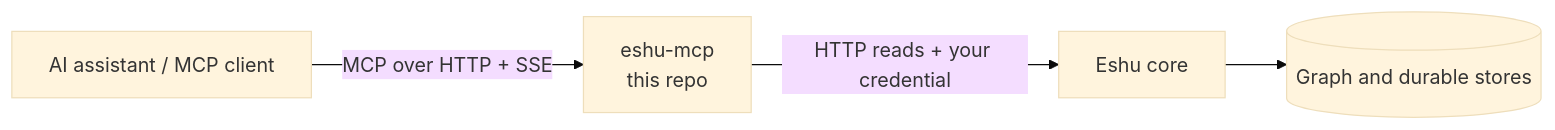
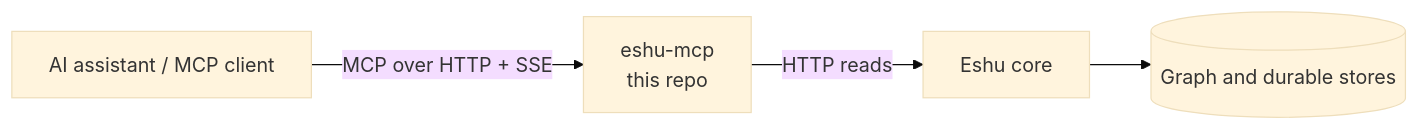
One commit to eshu-hq/eshu-mcp changed the diagram in README.md. Above: the diagram before and after it, drawn with Mermaid (base theme). The commit also changed other lines of this file and 16 other files, not shown here.

````diff
--- a/README.md
+++ b/README.md
@@ -35,6 +16,6 @@
 ```mermaid
 flowchart LR
     U[AI assistant / MCP client] -->|MCP over HTTP + SSE| M[eshu-mcp<br/>this repo]
-    M -->|HTTP reads + your credential| C[Eshu core]
+    M -->|HTTP reads| C[Eshu core]
     C --> G[(Graph and durable stores)]
 ```
````
